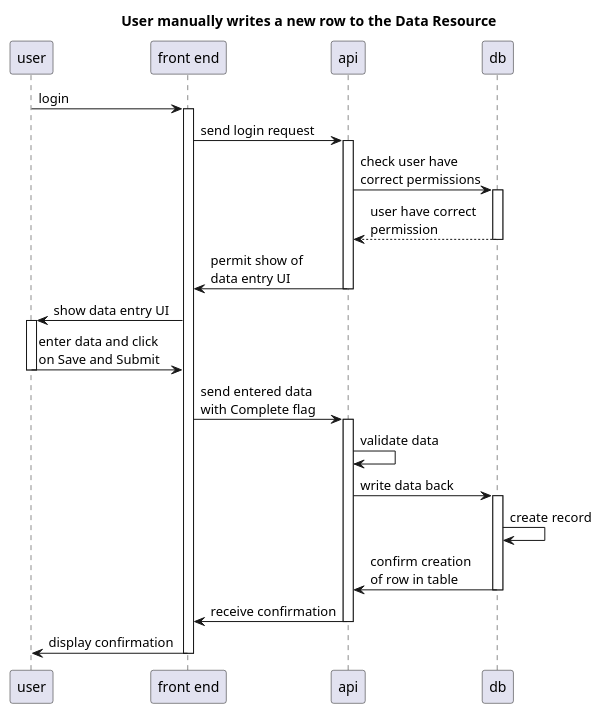
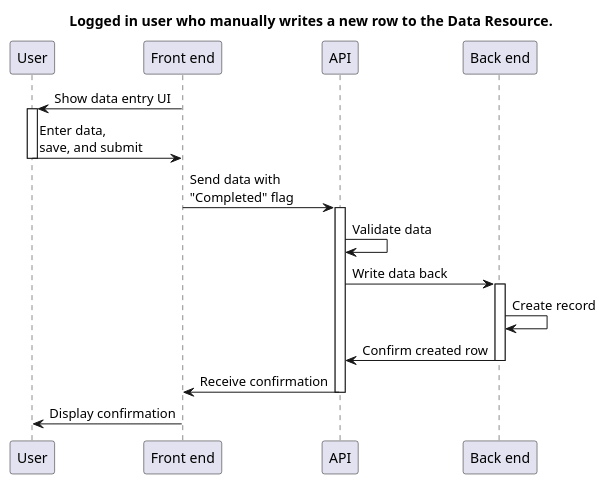
Before and after one commit to seedcase-project/seedcase-website: the diagram in design/images/runtime-manual-data-entry.puml, drawn with PlantUML.

Commit message:
update runtime puml for data entry

```diff
--- a/design/images/runtime-manual-data-entry.puml
+++ b/design/images/runtime-manual-data-entry.puml
@@ -1,24 +1,19 @@
 @startuml
 
-title : User manually writes a new row to the Data Resource
+title: Logged in user who manually writes a new row to the Data Resource.
 
-participant "user" as u
-participant "front end" as f
-participant "api" as api
-participant "db" as db
+participant "User" as u
+participant "Front end" as f
+participant "API" as api
+participant "Back end" as db
 
-u -> f ++: login
-f -> api ++: send login request
-api -> db ++: check user have \ncorrect permissions
-return user have correct \npermission
-api -> f --: permit show of  \ndata entry UI
-f -> u ++: show data entry UI
-u -> f --: enter data and click \non Save and Submit
-f -> api ++: send entered data \nwith Complete flag
-api -> api : validate data
-api -> db ++: write data back
-db -> db : create record
-db -> api --: confirm creation \nof row in table
-api -> f --: receive confirmation
-f -> u --: display confirmation
+f -> u ++: Show data entry UI
+u -> f --: Enter data,\nsave, and submit
+f -> api ++: Send data with\n"Completed" flag
+api -> api : Validate data
+api -> db ++: Write data back
+db -> db : Create record
+db -> api --: Confirm created row
+api -> f --: Receive confirmation
+f -> u --: Display confirmation
 @enduml
```
